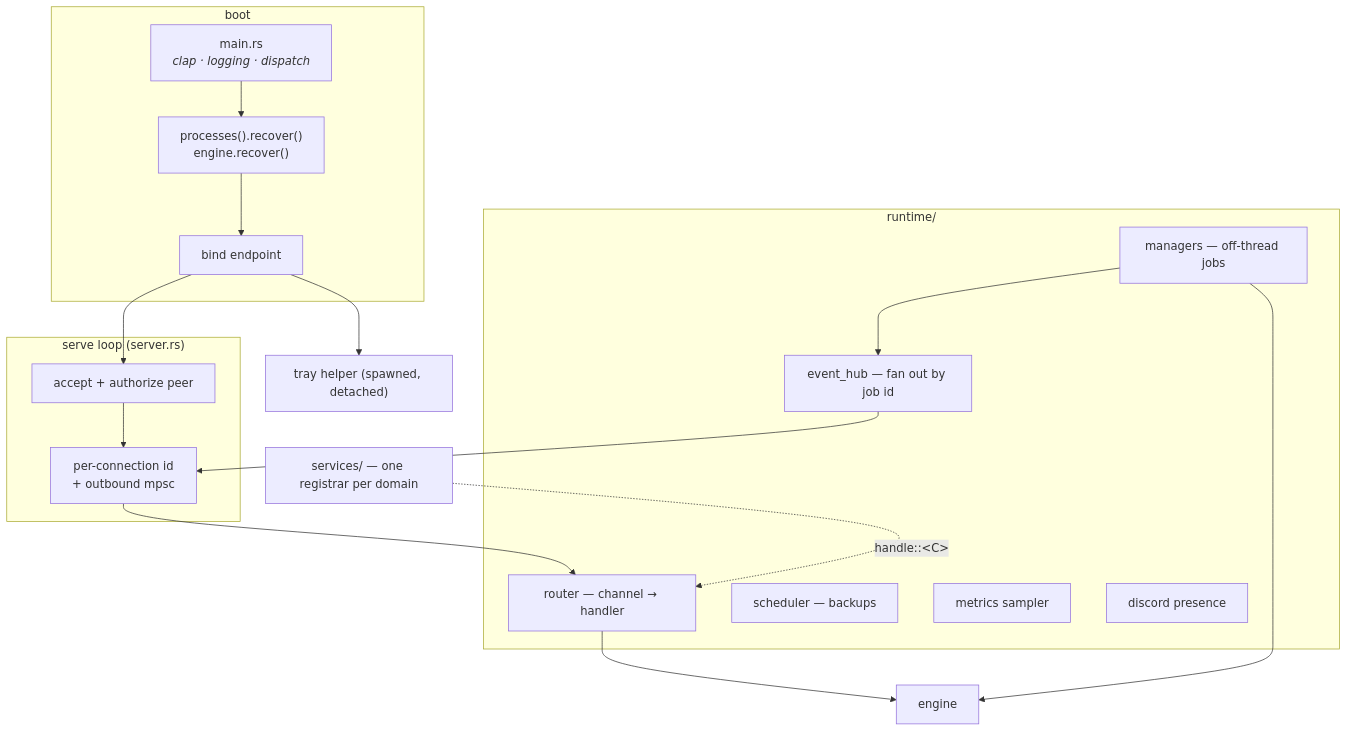
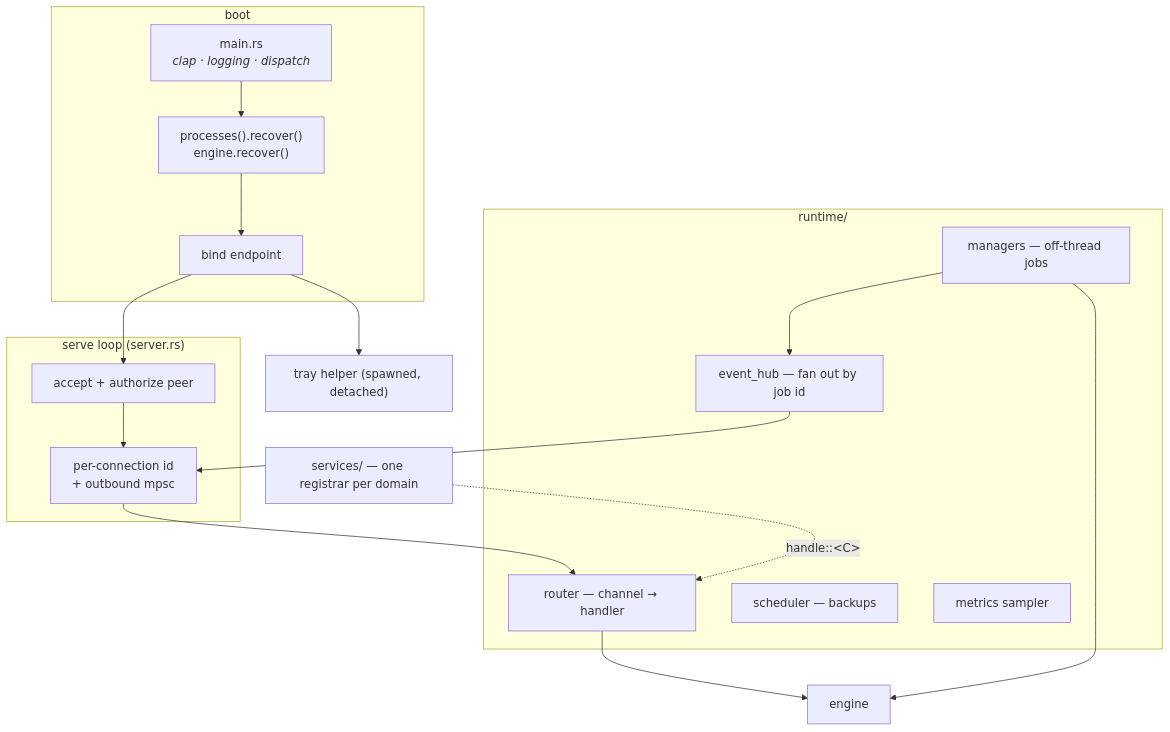
Before and after one commit to prytaneum/hestia: the first of 2 diagrams in docs/architecture/daemon.md, drawn with Mermaid. The commit also changed other lines of this file and 9 other files, not shown here.

````diff
--- a/docs/architecture/daemon.md
+++ b/docs/architecture/daemon.md
@@ -10,33 +10,32 @@
 ```mermaid
 flowchart TB
     subgraph boot["boot"]
         MAIN["main.rs<br/><i>clap · logging · dispatch</i>"]
         REC["processes().recover()<br/>engine.recover()"]
         BIND["bind endpoint"]
     end
 
     subgraph loop["serve loop (server.rs)"]
         ACC["accept + authorize peer"]
         CONN["per-connection id<br/>+ outbound mpsc"]
     end
 
     subgraph rt["runtime/"]
         ROUTER["router — channel → handler"]
         HUB["event_hub — fan out by job id"]
         MGRS["managers — off-thread jobs"]
         SCHED["scheduler — backups"]
         METR["metrics sampler"]
-        PRES["discord presence"]
     end
 
     SVC["services/ — one registrar per domain"]
     ENG["engine"]
     TRAY["tray helper (spawned, detached)"]
 
     MAIN --> REC --> BIND --> ACC --> CONN --> ROUTER
     BIND --> TRAY
     SVC -.->|"handle::&lt;C&gt;"| ROUTER
     ROUTER --> ENG
     MGRS --> ENG
     MGRS --> HUB --> CONN
 ```
````
